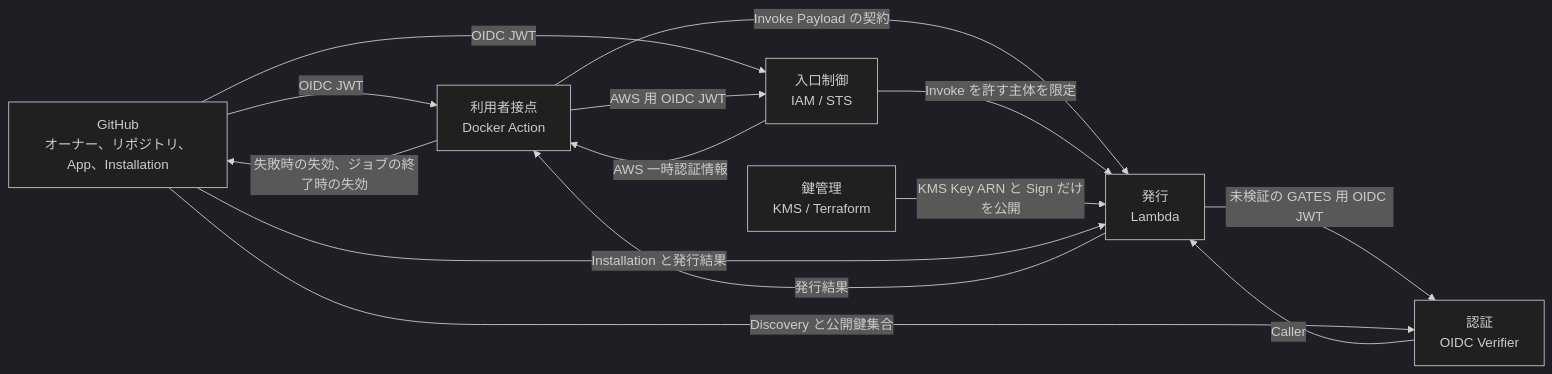
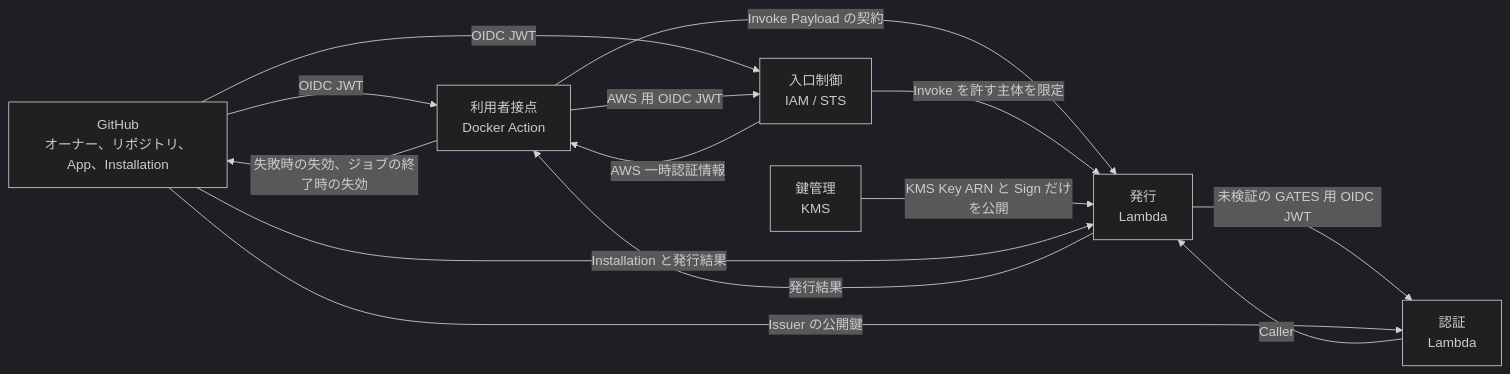
Before and after one commit to tmknom/gates: the third of 3 diagrams in docs/design/domain.md, drawn with Mermaid (dark theme). The commit also changed other lines of this file and 20 other files, not shown here.

````diff
--- a/docs/design/domain.md
+++ b/docs/design/domain.md
@@ -857,22 +732,22 @@
 ```mermaid
 flowchart LR
   GH[GitHub<br/>オーナー、リポジトリ、App、Installation]
   UI[利用者接点<br/>Docker Action]
   EC[入口制御<br/>IAM / STS]
-  AN[認証<br/>OIDC Verifier]
+  AN[認証<br/>Lambda]
   IS[発行<br/>Lambda]
-  KC[鍵管理<br/>KMS / Terraform]
+  KC[鍵管理<br/>KMS]
   UI -->|Invoke Payload の契約| IS
   EC -->|Invoke を許す主体を限定| IS
   IS -->|未検証の GATES 用 OIDC JWT| AN
   AN -->|Caller| IS
   KC -->|KMS Key ARN と Sign だけを公開| IS
   GH -->|OIDC JWT| UI
   GH -->|OIDC JWT| EC
   UI -->|AWS 用 OIDC JWT| EC
   EC -->|AWS 一時認証情報| UI
-  GH -->|Discovery と公開鍵集合| AN
+  GH -->|Issuer の公開鍵| AN
   GH -->|Installation と発行結果| IS
   IS -->|発行結果| UI
   UI -->|失敗時の失効、ジョブの終了時の失効| GH
 ```
````
